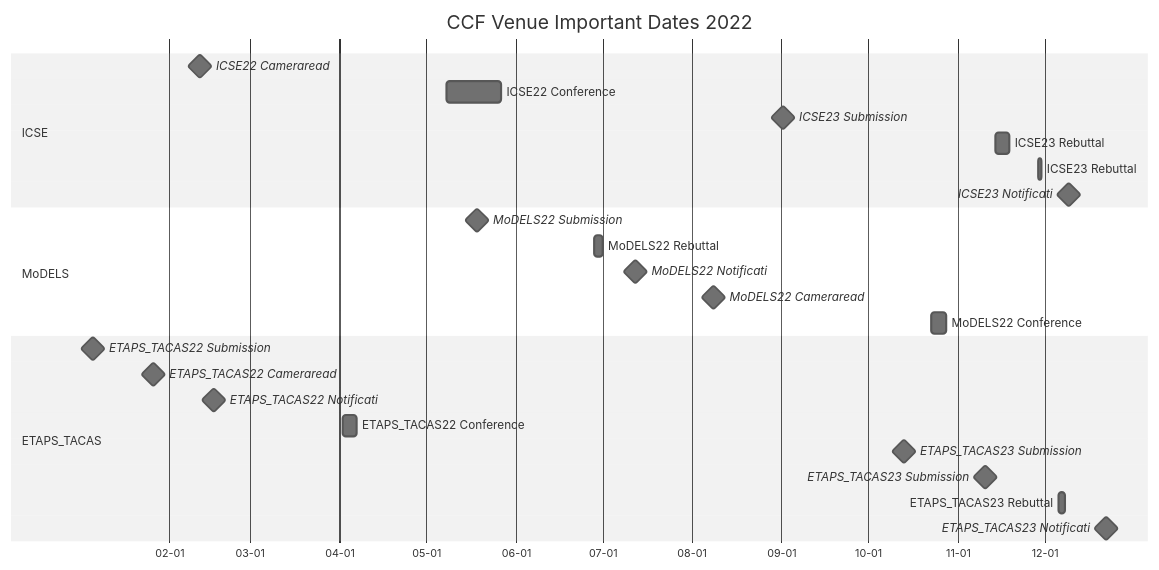
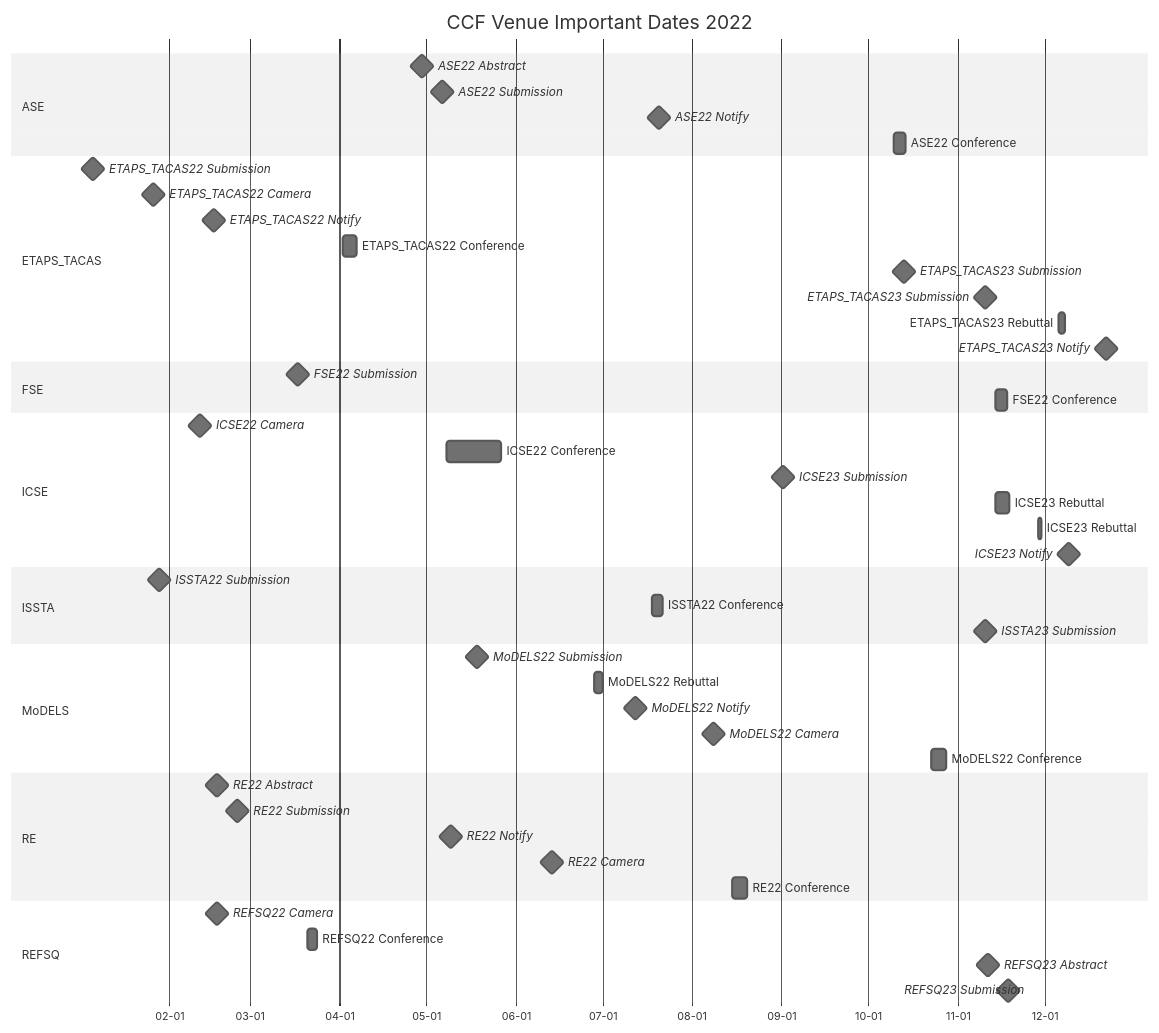
The seventh of 9 diagrams in ccf_venues/TIMELINE.md (HansBug/research_ideas), drawn with Mermaid (neutral theme) before and after one commit. The commit also changed other lines of this file and 43 other files, not shown here.

````diff
--- a/ccf_venues/TIMELINE.md
+++ b/ccf_venues/TIMELINE.md
@@ -480,32 +729,60 @@
 ```mermaid
 gantt
   title CCF Venue Important Dates 2022
   dateFormat YYYY-MM-DD
   axisFormat %m-%d
 
+  section ASE
+  ASE22 Abstract :milestone, ase_2022_1_20220429, 2022-04-29, 1d
+  ASE22 Submission :milestone, ase_2022_2_20220506, 2022-05-06, 1d
+  ASE22 Notify :milestone, ase_2022_3_20220720, 2022-07-20, 1d
+  ASE22 Conference :ase_2022_4_20221010, 2022-10-10, 2022-10-14
+
+  section ETAPS_TACAS
+  ETAPS_TACAS22 Submission :milestone, etaps_tacas_2022_1_20220105, 2022-01-05, 1d
+  ETAPS_TACAS22 Camera :milestone, etaps_tacas_2022_2_20220126, 2022-01-26, 1d
+  ETAPS_TACAS22 Notify :milestone, etaps_tacas_2022_3_20220216, 2022-02-16, 1d
+  ETAPS_TACAS22 Conference :etaps_tacas_2022_4_20220402, 2022-04-02, 2022-04-07
+  ETAPS_TACAS23 Submission :milestone, etaps_tacas_2022_5_20221013, 2022-10-13, 1d
+  ETAPS_TACAS23 Submission :milestone, etaps_tacas_2022_6_20221110, 2022-11-10, 1d
+  ETAPS_TACAS23 Rebuttal :etaps_tacas_2022_7_20221206, 2022-12-06, 2022-12-08
+  ETAPS_TACAS23 Notify :milestone, etaps_tacas_2022_8_20221222, 2022-12-22, 1d
+
+  section FSE
+  FSE22 Submission :milestone, fse_2022_1_20220317, 2022-03-17, 1d
+  FSE22 Conference :fse_2022_2_20221114, 2022-11-14, 2022-11-18
+
   section ICSE
-  ICSE22 Cameraread :milestone, icse2022_1_20220211, 2022-02-11, 1d
-  ICSE22 Conference :icse2022_2_20220508, 2022-05-08, 2022-05-27
-  ICSE23 Submission :milestone, icse2023_3_20220901, 2022-09-01, 1d
-  ICSE23 Rebuttal :icse2023_4_20221114, 2022-11-14, 2022-11-19
-  ICSE23 Rebuttal :icse2023_5_20221129, 2022-11-29, 2022-11-30
-  ICSE23 Notificati :milestone, icse2023_6_20221209, 2022-12-09, 1d
+  ICSE22 Camera :milestone, icse_2022_1_20220211, 2022-02-11, 1d
+  ICSE22 Conference :icse_2022_2_20220508, 2022-05-08, 2022-05-27
+  ICSE23 Submission :milestone, icse_2022_3_20220901, 2022-09-01, 1d
+  ICSE23 Rebuttal :icse_2022_4_20221114, 2022-11-14, 2022-11-19
+  ICSE23 Rebuttal :icse_2022_5_20221129, 2022-11-29, 2022-11-30
+  ICSE23 Notify :milestone, icse_2022_6_20221209, 2022-12-09, 1d
+
+  section ISSTA
+  ISSTA22 Submission :milestone, issta_2022_1_20220128, 2022-01-28, 1d
+  ISSTA22 Conference :issta_2022_2_20220718, 2022-07-18, 2022-07-22
+  ISSTA23 Submission :milestone, issta_2022_3_20221110, 2022-11-10, 1d
 
   section MoDELS
-  MoDELS22 Submission :milestone, models2022_1_20220518, 2022-05-18, 1d
-  MoDELS22 Rebuttal :models2022_2_20220628, 2022-06-28, 2022-07-01
-  MoDELS22 Notificati :milestone, models2022_3_20220712, 2022-07-12, 1d
-  MoDELS22 Cameraread :milestone, models2022_4_20220808, 2022-08-08, 1d
-  MoDELS22 Conference :models2022_5_20221023, 2022-10-23, 2022-10-28
+  MoDELS22 Submission :milestone, models_2022_1_20220518, 2022-05-18, 1d
+  MoDELS22 Rebuttal :models_2022_2_20220628, 2022-06-28, 2022-07-01
+  MoDELS22 Notify :milestone, models_2022_3_20220712, 2022-07-12, 1d
+  MoDELS22 Camera :milestone, models_2022_4_20220808, 2022-08-08, 1d
+  MoDELS22 Conference :models_2022_5_20221023, 2022-10-23, 2022-10-28
 
-  section ETAPS_TACAS
-  ETAPS_TACAS22 Submission :milestone, etaps2022_1_20220105, 2022-01-05, 1d
-  ETAPS_TACAS22 Cameraread :milestone, etaps2022_2_20220126, 2022-01-26, 1d
-  ETAPS_TACAS22 Notificati :milestone, etaps2022_3_20220216, 2022-02-16, 1d
-  ETAPS_TACAS22 Conference :etaps2022_4_20220402, 2022-04-02, 2022-04-07
-  ETAPS_TACAS23 Submission :milestone, etaps2023_5_20221013, 2022-10-13, 1d
-  ETAPS_TACAS23 Submission :milestone, etaps2023_6_20221110, 2022-11-10, 1d
-  ETAPS_TACAS23 Rebuttal :etaps2023_7_20221206, 2022-12-06, 2022-12-08
-  ETAPS_TACAS23 Notificati :milestone, etaps2023_8_20221222, 2022-12-22, 1d
+  section RE
+  RE22 Abstract :milestone, re_2022_1_20220217, 2022-02-17, 1d
+  RE22 Submission :milestone, re_2022_2_20220224, 2022-02-24, 1d
+  RE22 Notify :milestone, re_2022_3_20220509, 2022-05-09, 1d
+  RE22 Camera :milestone, re_2022_4_20220613, 2022-06-13, 1d
+  RE22 Conference :re_2022_5_20220815, 2022-08-15, 2022-08-20
+
+  section REFSQ
+  REFSQ22 Camera :milestone, refsq_2022_1_20220217, 2022-02-17, 1d
+  REFSQ22 Conference :refsq_2022_2_20220321, 2022-03-21, 2022-03-24
+  REFSQ23 Abstract :milestone, refsq_2022_3_20221111, 2022-11-11, 1d
+  REFSQ23 Submission :milestone, refsq_2022_4_20221118, 2022-11-18, 1d
 
 ```
````
